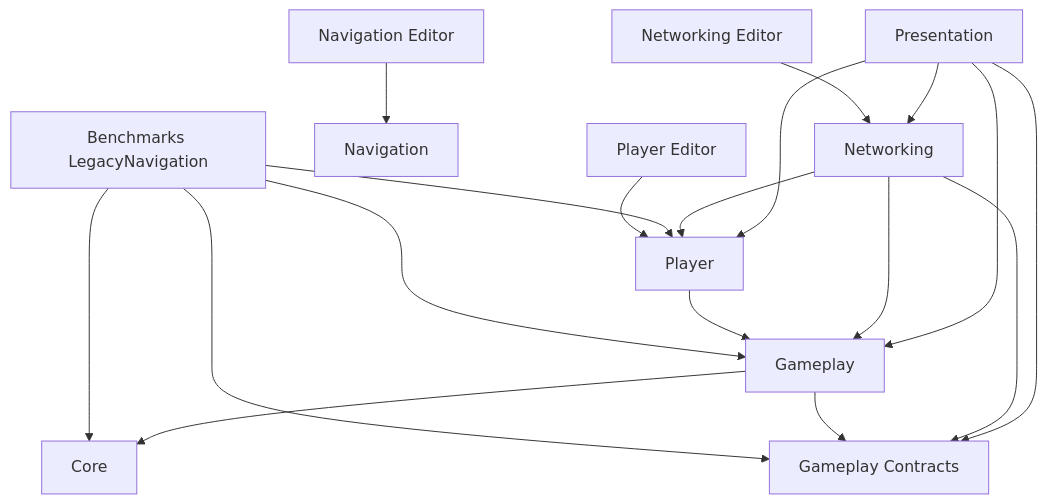
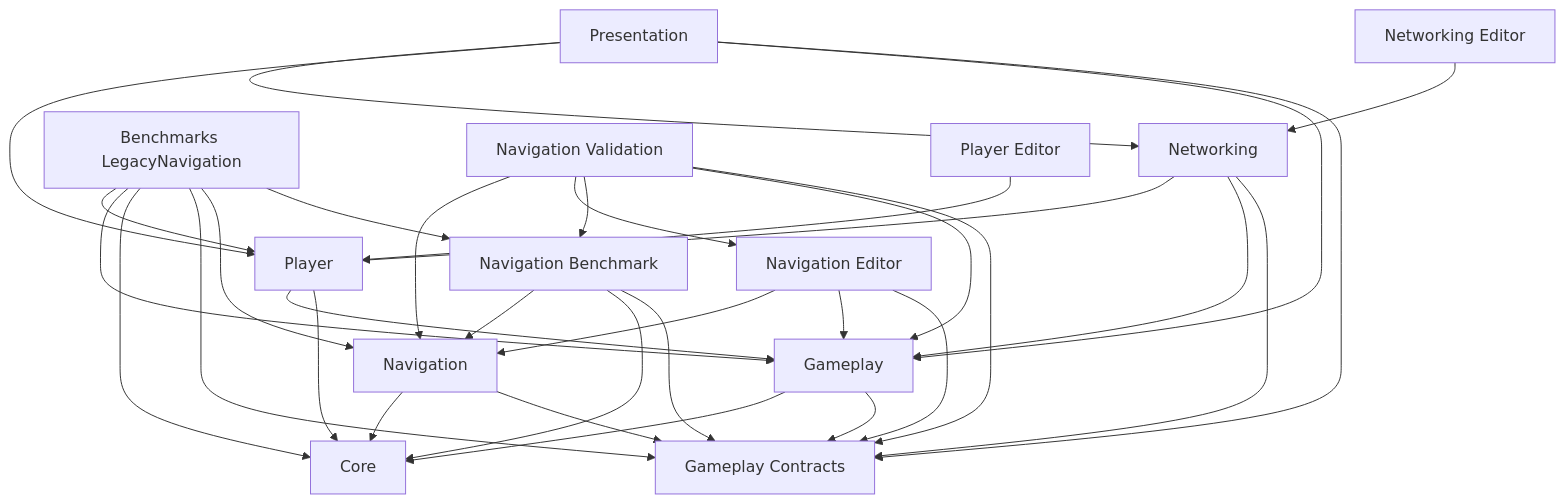
One commit to mcaswen/AnimarsCatcher changed the diagram in docs/Architecture/01_ModuleMap.md. Above: the diagram before and after it, drawn with Mermaid. The commit also changed other lines of this file and 20 other files, not shown here.

````diff
--- a/docs/Architecture/01_ModuleMap.md
+++ b/docs/Architecture/01_ModuleMap.md
@@ -66,32 +68,49 @@
 ```mermaid
 flowchart TD
     Presentation[Presentation]
     Networking[Networking]
     Player[Player]
     Gameplay[Gameplay]
     Navigation[Navigation]
     Legacy[Benchmarks LegacyNavigation]
     Core[Core]
     Contracts[Gameplay Contracts]
     NavEditor[Navigation Editor]
+    NavValidation[Navigation Validation]
+    NavBenchmark[Navigation Benchmark]
     NetEditor[Networking Editor]
     PlayerEditor[Player Editor]
 
     Presentation --> Networking
     Presentation --> Player
     Presentation --> Gameplay
     Presentation --> Contracts
     Networking --> Player
     Networking --> Gameplay
     Networking --> Contracts
     Player --> Gameplay
+    Player --> Core
     Gameplay --> Core
     Gameplay --> Contracts
+    Navigation --> Core
+    Navigation --> Contracts
     Legacy --> Player
     Legacy --> Gameplay
     Legacy --> Core
     Legacy --> Contracts
+    Legacy --> Navigation
+    Legacy --> NavBenchmark
     NavEditor --> Navigation
+    NavEditor --> Gameplay
+    NavEditor --> Contracts
+    NavValidation --> Navigation
+    NavValidation --> NavEditor
+    NavValidation --> NavBenchmark
+    NavValidation --> Gameplay
+    NavValidation --> Contracts
+    NavBenchmark --> Navigation
+    NavBenchmark --> Core
+    NavBenchmark --> Contracts
     NetEditor --> Networking
     PlayerEditor --> Player
 ```
````
